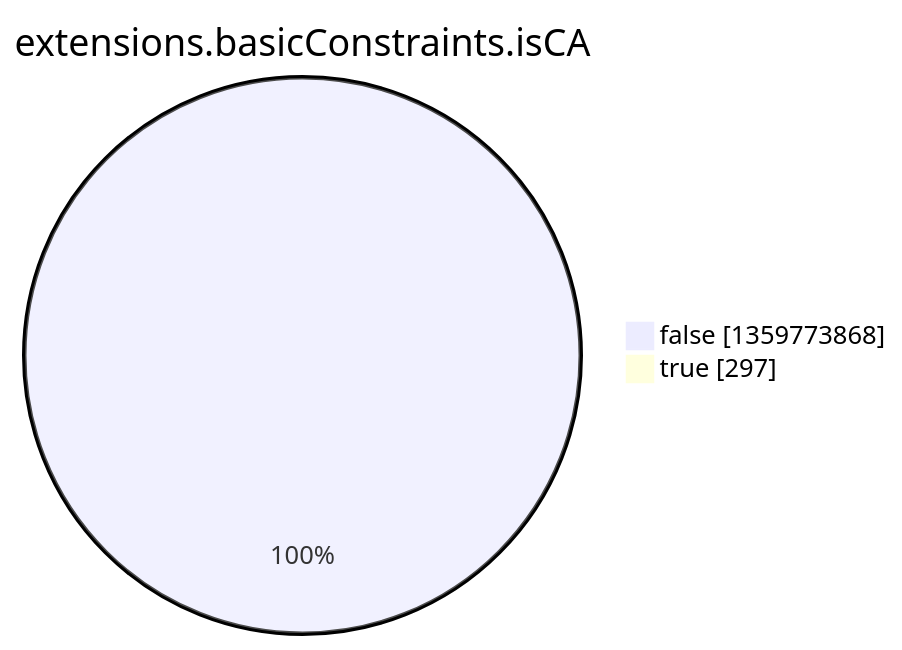
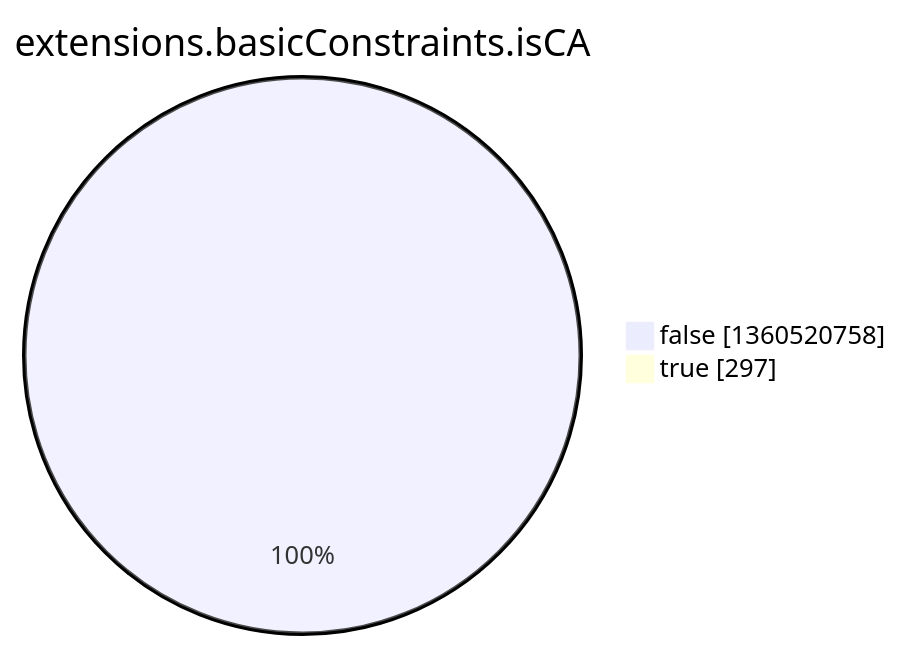
The eighth of 15 diagrams in argon2022/README.md (christiankrug/ctmonitor_visualization), drawn with Mermaid before and after one commit. The commit also changed other lines of this file, not shown here.

````diff
--- a/argon2022/README.md
+++ b/argon2022/README.md
@@ -2758,6 +2758,6 @@
 ```mermaid
 pie showData
 title extensions.basicConstraints.isCA
-"false" :1359773868
+"false" :1360520758
 "true" :297
 ```
````
